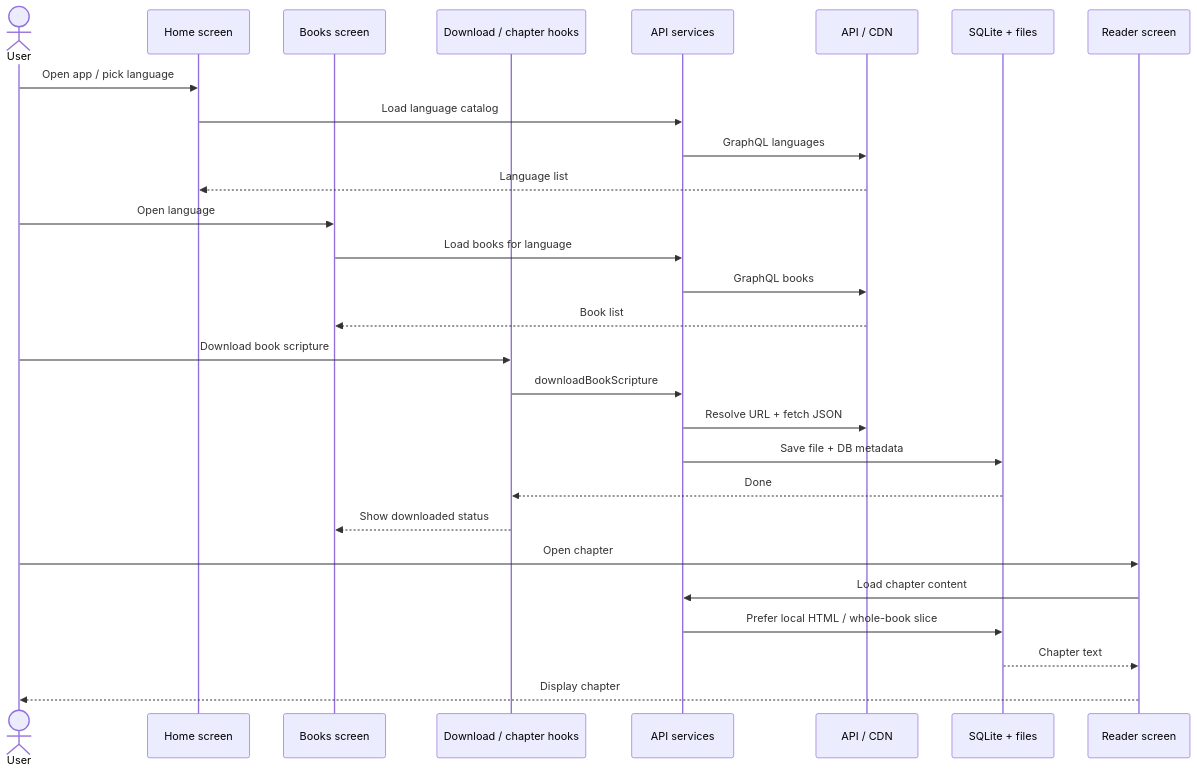
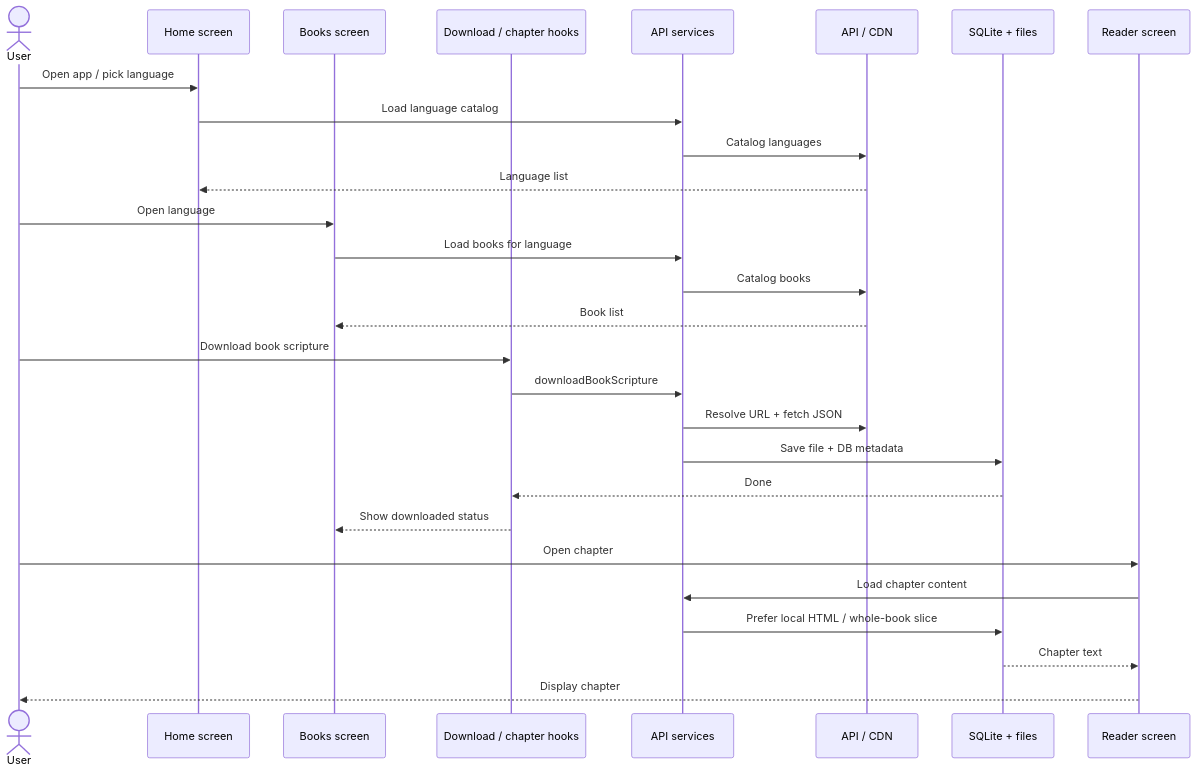
The third of 3 diagrams in docs/architecture-design.md (Bible-Translation-Tools/BIEL-mobile-app), drawn with Mermaid before and after one commit. The commit also changed other lines of this file and 13 other files, not shown here.

Commit message:
decouple graphql api from service

````diff
--- a/docs/architecture-design.md
+++ b/docs/architecture-design.md
@@ -103,34 +106,34 @@
 ```mermaid
 sequenceDiagram
   actor User
   participant Home as Home screen
   participant Books as Books screen
   participant Hook as Download / chapter hooks
   participant Api as API services
   participant Remote as API / CDN
   participant Local as SQLite + files
   participant Read as Reader screen
 
   User->>Home: Open app / pick language
   Home->>Api: Load language catalog
-  Api->>Remote: GraphQL languages
+  Api->>Remote: Catalog languages
   Remote-->>Home: Language list
 
   User->>Books: Open language
   Books->>Api: Load books for language
-  Api->>Remote: GraphQL books
+  Api->>Remote: Catalog books
   Remote-->>Books: Book list
 
   User->>Hook: Download book scripture
   Hook->>Api: downloadBookScripture
   Api->>Remote: Resolve URL + fetch JSON
   Api->>Local: Save file + DB metadata
   Local-->>Hook: Done
   Hook-->>Books: Show downloaded status
 
   User->>Read: Open chapter
   Read->>Api: Load chapter content
   Api->>Local: Prefer local HTML / whole-book slice
   Local-->>Read: Chapter text
   Read-->>User: Display chapter
 ```
````
